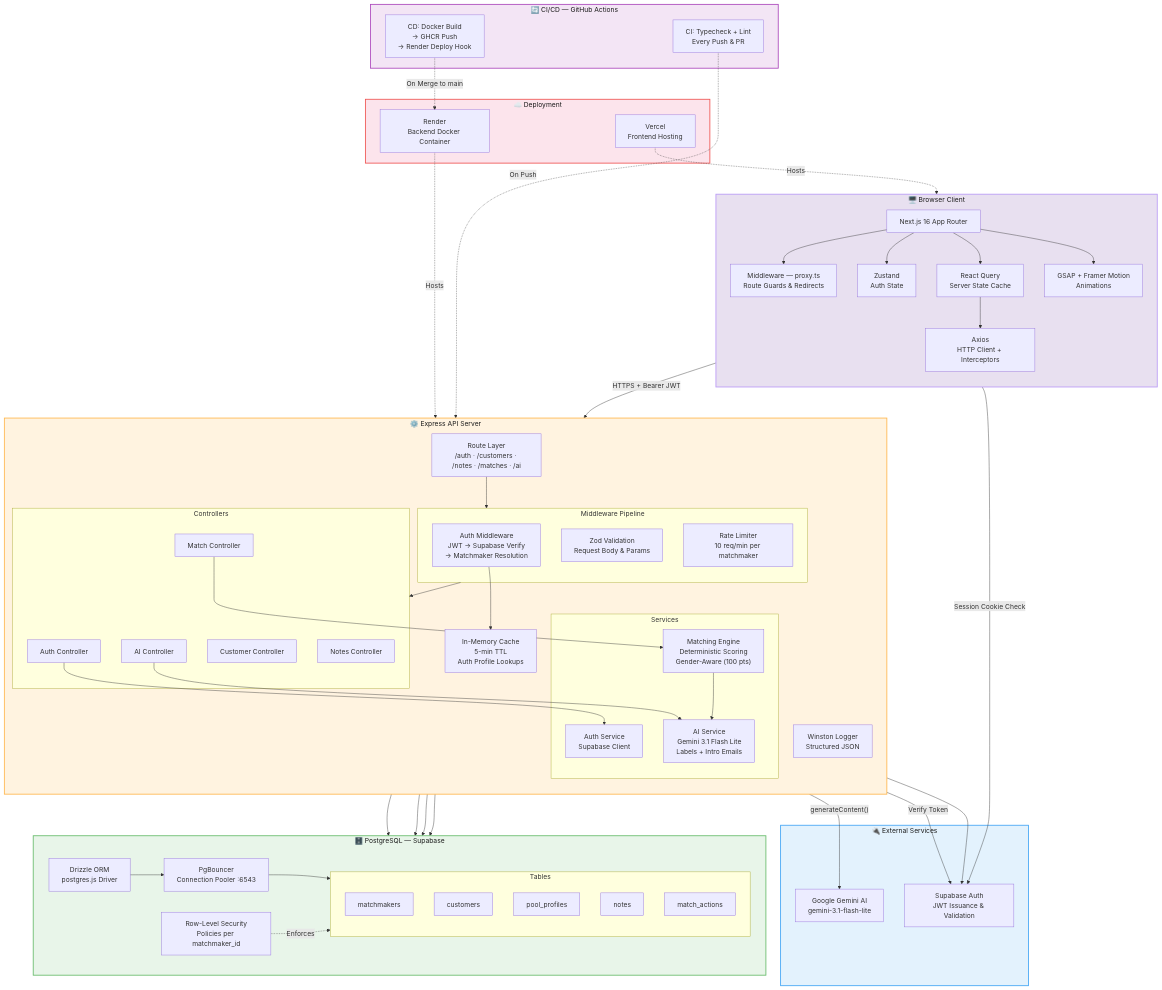
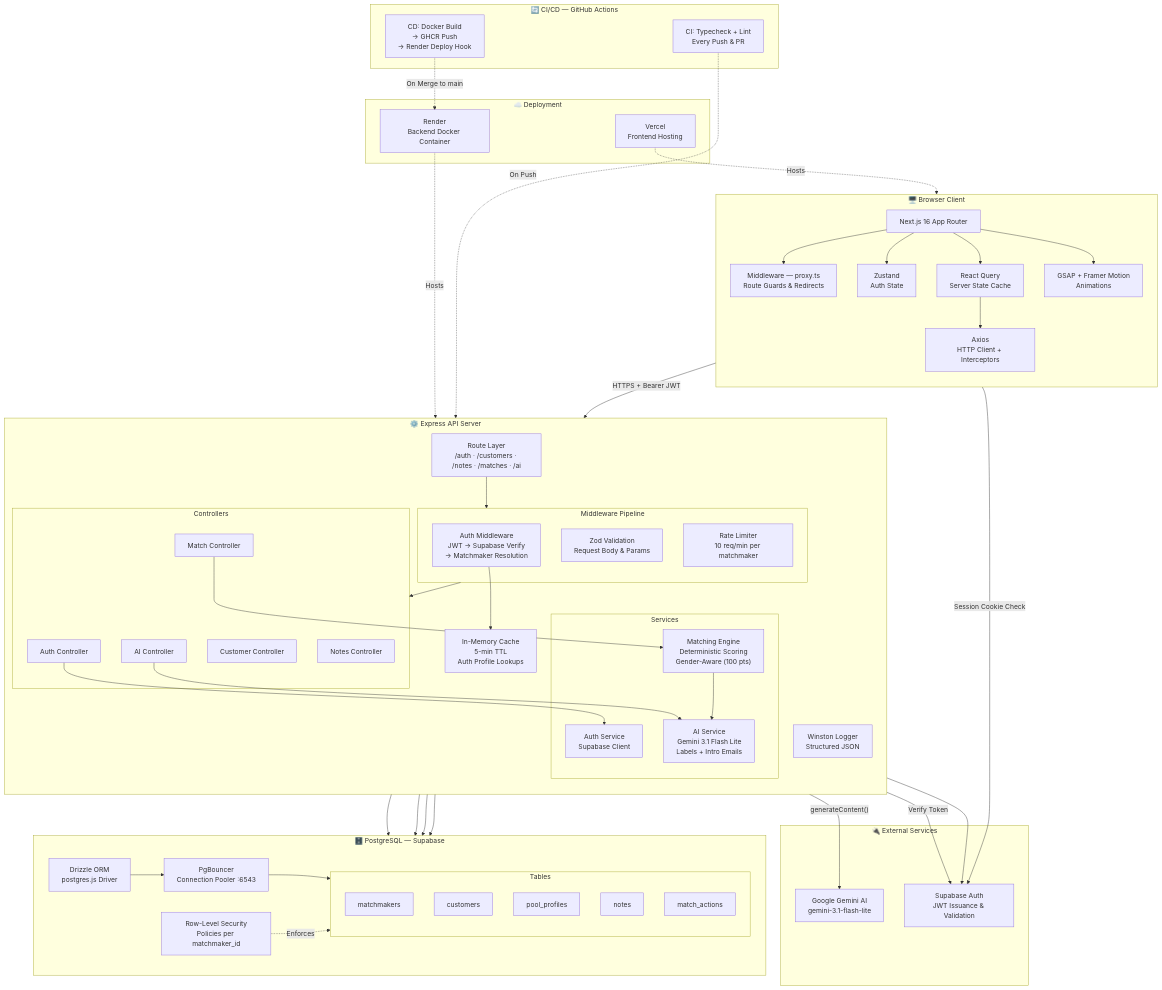
The first of 2 diagrams in README.md (Ronitdoes/the-date-crew), drawn with Mermaid before and after one commit.

Commit message:
fixed system design styling

````diff
--- a/README.md
+++ b/README.md
@@ -369,18 +369,4 @@
     CI -.->|"On Push"| API
     CD -.->|"On Merge to main"| RENDER
 
-    %% Styling
-    classDef client fill:#E8E0F0,stroke:#B99AF5,stroke-width:2px,color:#1A1A1A
-    classDef api fill:#FFF3E0,stroke:#FFB74D,stroke-width:2px,color:#1A1A1A
-    classDef db fill:#E8F5E9,stroke:#66BB6A,stroke-width:2px,color:#1A1A1A
-    classDef external fill:#E3F2FD,stroke:#42A5F5,stroke-width:2px,color:#1A1A1A
-    classDef hosting fill:#FCE4EC,stroke:#EF5350,stroke-width:2px,color:#1A1A1A
-    classDef cicd fill:#F3E5F5,stroke:#AB47BC,stroke-width:2px,color:#1A1A1A
-
-    class CLIENT client
-    class API api
-    class DB db
-    class EXTERNAL external
-    class HOSTING hosting
-    class CICD cicd
 ```
````
